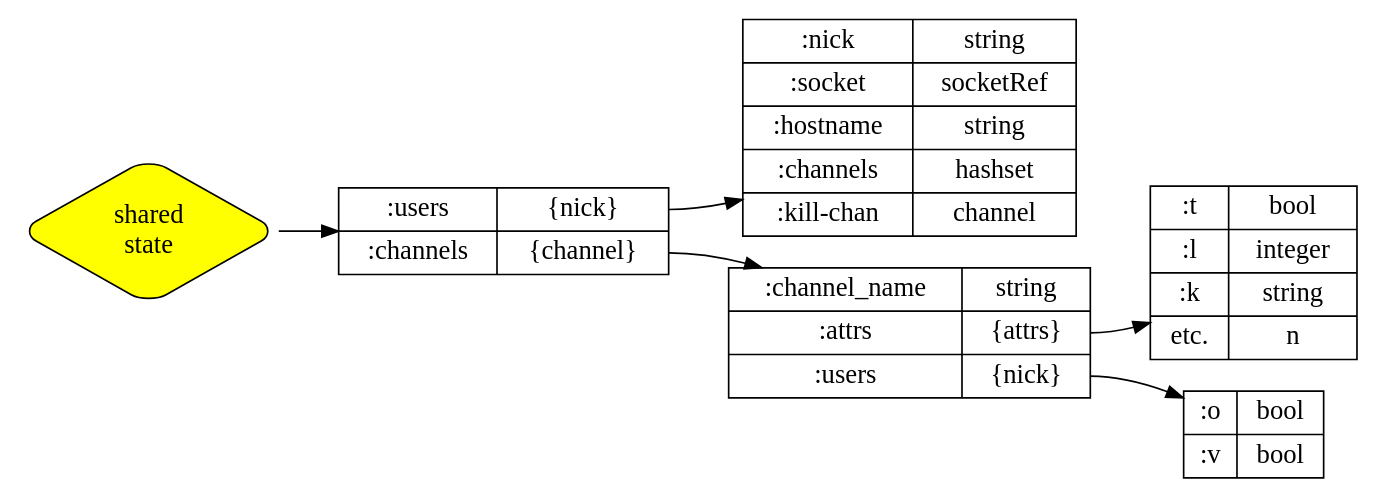
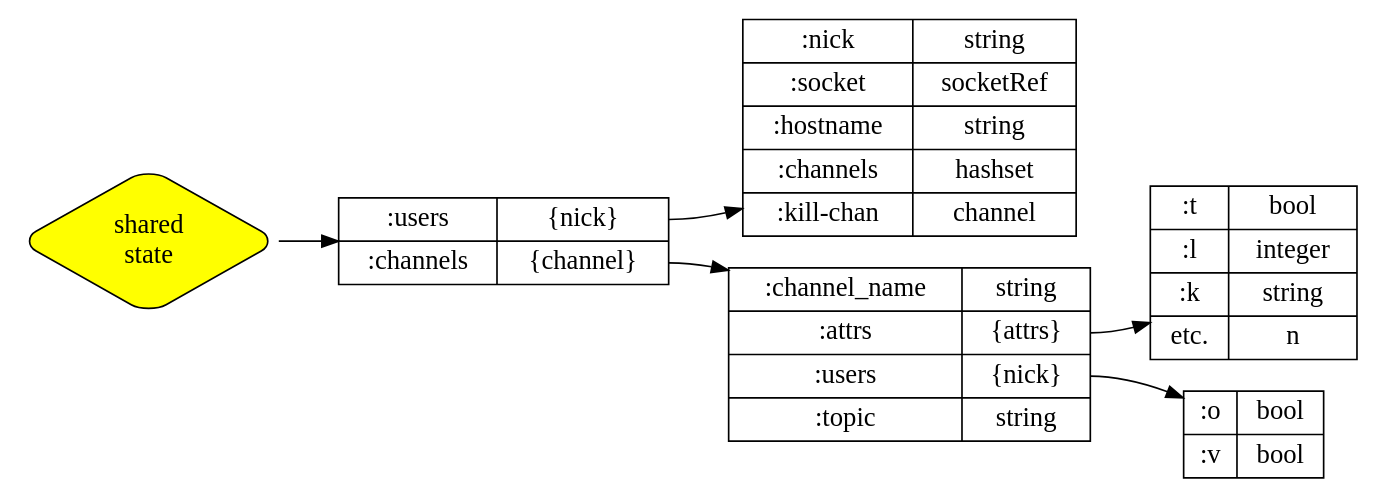
Before and after one commit to csdrane/IRC-LJ-: the diagram in resources/state.dot, drawn with Graphviz.

Commit message:
Added channel topic to state.dot

```diff
--- a/resources/state.dot
+++ b/resources/state.dot
@@ -1,45 +1,45 @@
 digraph g {
   graph [
          rankdir = "LR"
          ];
   node [
         fontsize = "16"
         shape = "ellipse"
         ];
   edge [
         ];
   "head" [
            label = "shared \nstate",
            fillcolor = "yellow",
            style = "rounded,filled",
            shape = "diamond"];
   "state" [
            label = "{{<f0> :users | <f1> :channels} |
                      {<f2> \{nick\}| <f3> \{channel\}}}"
            shape = "record"
            ];
   "users" [
            label = "{{<f0> :nick |<f1> :socket |<f2> :hostname |<f3> :channels | <f8> :kill-chan } | 
                       {<f4> string | <f5> socketRef | <f6> string | <f7> hashset | <f8> channel}}",
            shape = "record"
          ];
   "channels" [
-              label = "{{<f0> :channel_name | <f1> :attrs | <f2> :users } |
-                        {<f3> string | <f4> \{attrs\} | <f5> \{nick\} }}",                                 shape = "record"
+              label = "{{<f0> :channel_name | <f1> :attrs | <f2> :users | <f6> :topic} |
+                        {<f3> string | <f4> \{attrs\} | <f5> \{nick\} | <7> string}}",                                 shape = "record"
               ];
   "channel_attrs" [
                    label = "{{<f0> :t | <f1> :l | <f2> :k | etc.} | 
                              {<f3> bool | <f4> integer | <f5> string |n }}",
                    shape = "record"
                    ];
   "channel_users" [
                    label = "{{ <f1> :o | <f2> :v } |
                              { <f4> bool | <f5> bool }}",
                    shape = "record"
                    ];
   "head" -> "state";
   "state":f2 -> "users";
   "state":f3 -> "channels";
   "channels":f4 -> "channel_attrs";
   "channels":f5 -> "channel_users";
 }
```
